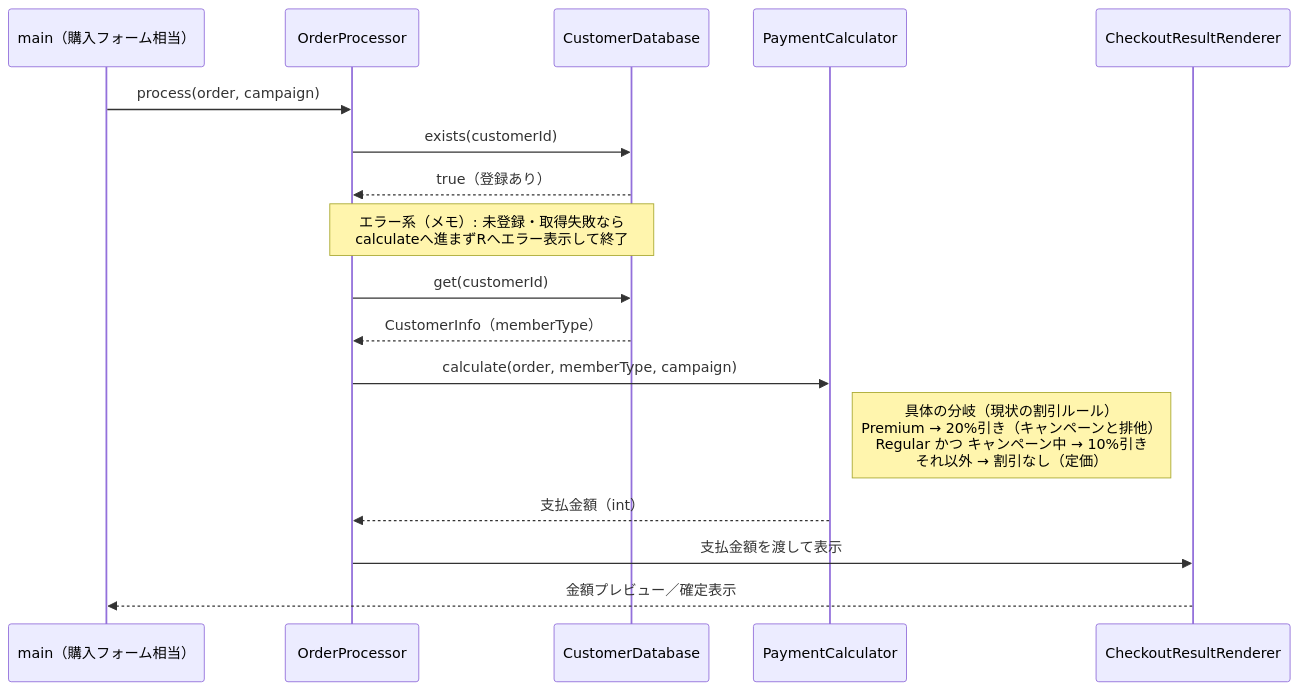
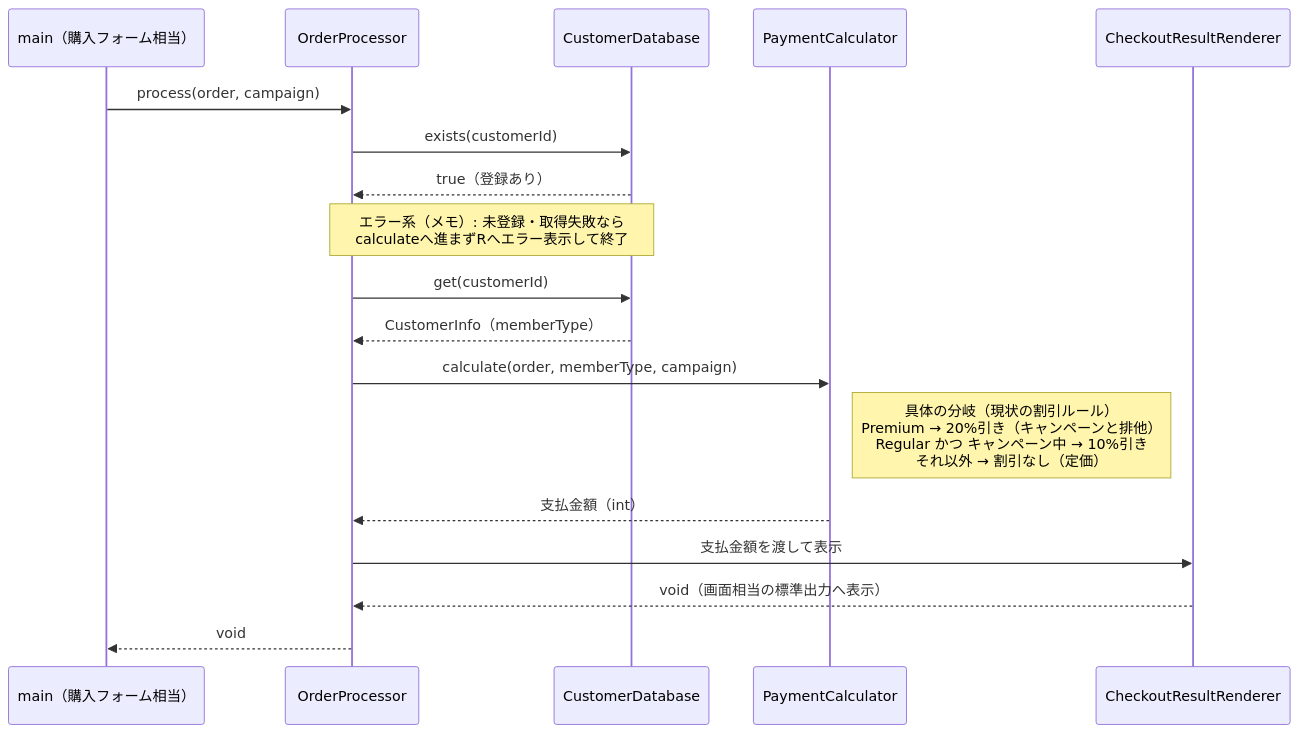
Before and after one commit to kumachan1101-pixel/DesignPattern: the fourth of 17 diagrams in kindle/design-patterns/output/chapter01.md, drawn with Mermaid. The commit also changed other lines of this file and 28 other files, not shown here.

Commit message:
docs: simplify phase 6 design flow

````diff
--- a/kindle/design-patterns/output/chapter01.md
+++ b/kindle/design-patterns/output/chapter01.md
@@ -332,19 +332,20 @@
 ```mermaid
 sequenceDiagram
     participant Main as main（購入フォーム相当）
     participant OP as OrderProcessor
     participant DB as CustomerDatabase
     participant PC as PaymentCalculator
     participant R as CheckoutResultRenderer
     Main->>OP: process(order, campaign)
     OP->>DB: exists(customerId)
     DB-->>OP: true（登録あり）
     Note over OP,DB: エラー系（メモ）: 未登録・取得失敗なら<br>calculateへ進まずRへエラー表示して終了
     OP->>DB: get(customerId)
     DB-->>OP: CustomerInfo（memberType）
     OP->>PC: calculate(order, memberType, campaign)
     Note right of PC: 具体の分岐（現状の割引ルール）<br>Premium → 20%引き（キャンペーンと排他）<br>Regular かつ キャンペーン中 → 10%引き<br>それ以外 → 割引なし（定価）
     PC-->>OP: 支払金額（int）
     OP->>R: 支払金額を渡して表示
-    R-->>Main: 金額プレビュー／確定表示
+    R-->>OP: void（画面相当の標準出力へ表示）
+    OP-->>Main: void
 ```
````
